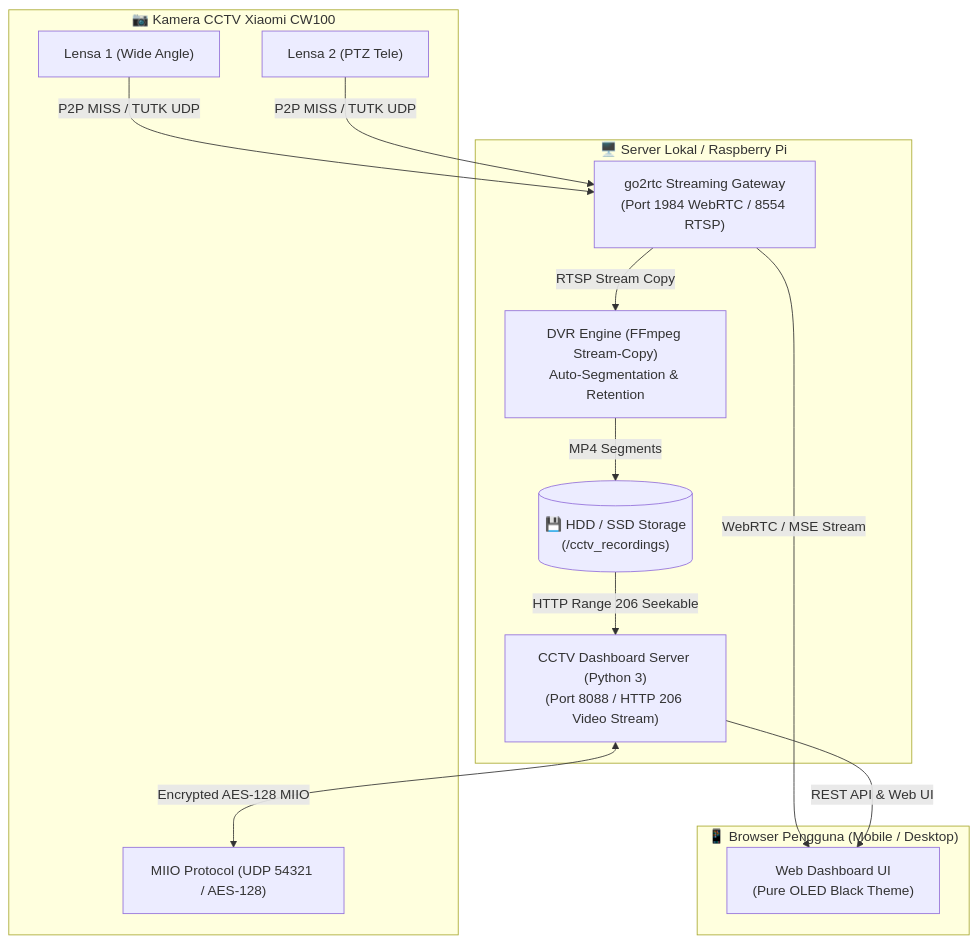
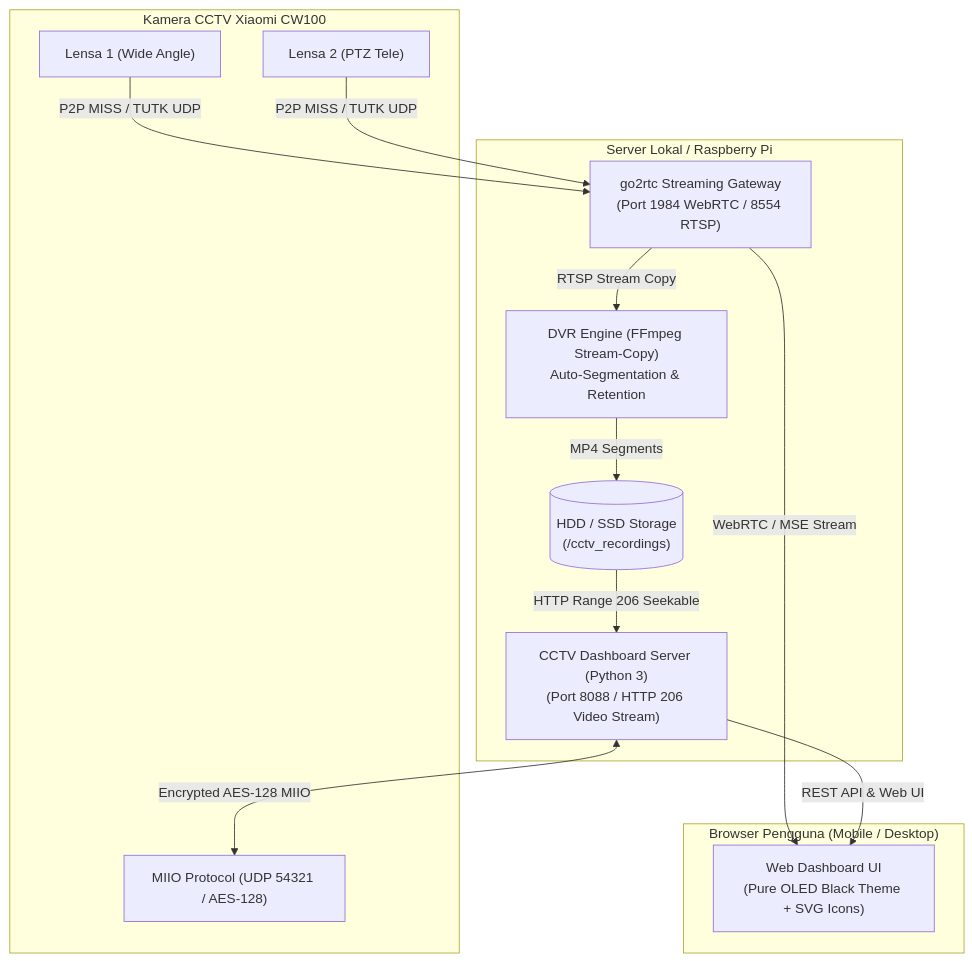
The diagram in README.md (kaivyy/micam), drawn with Mermaid before and after one commit. The commit also changed other lines of this file and 3 other files, not shown here.

Commit message:
feat: add PTZ D-Pad, emergency siren, AI motion detection, 24h timeline scrubber, telegram alerts, and replace all emojis with crisp SVG icons

````diff
--- a/README.md
+++ b/README.md
@@ -53,29 +74,29 @@
 ```mermaid
 flowchart TD
-    subgraph Xiaomi_Hardware ["📷 Kamera CCTV Xiaomi CW100"]
+    subgraph Xiaomi_Hardware ["Kamera CCTV Xiaomi CW100"]
         CAM_L1["Lensa 1 (Wide Angle)"]
         CAM_L2["Lensa 2 (PTZ Tele)"]
         CAM_RPC["MIIO Protocol (UDP 54321 / AES-128)"]
     end
 
-    subgraph Server_Backend ["🖥️ Server Lokal / Raspberry Pi"]
+    subgraph Server_Backend ["Server Lokal / Raspberry Pi"]
         G2R["go2rtc Streaming Gateway<br/>(Port 1984 WebRTC / 8554 RTSP)"]
         SRV["CCTV Dashboard Server (Python 3)<br/>(Port 8088 / HTTP 206 Video Stream)"]
         DVR["DVR Engine (FFmpeg Stream-Copy)<br/>Auto-Segmentation & Retention"]
-        STORE[("💾 HDD / SSD Storage<br/>(/cctv_recordings)")]
+        STORE[("HDD / SSD Storage<br/>(/cctv_recordings)")]
     end
 
-    subgraph Client ["📱 Browser Pengguna (Mobile / Desktop)"]
-        UI["Web Dashboard UI<br/>(Pure OLED Black Theme)"]
+    subgraph Client ["Browser Pengguna (Mobile / Desktop)"]
+        UI["Web Dashboard UI<br/>(Pure OLED Black Theme + SVG Icons)"]
     end
 
     CAM_L1 -->|P2P MISS / TUTK UDP| G2R
     CAM_L2 -->|P2P MISS / TUTK UDP| G2R
     SRV <-->|Encrypted AES-128 MIIO| CAM_RPC
 
     G2R -->|WebRTC / MSE Stream| UI
     G2R -->|RTSP Stream Copy| DVR
     DVR -->|MP4 Segments| STORE
     STORE -->|HTTP Range 206 Seekable| SRV
     SRV -->|REST API & Web UI| UI
 ```
````
